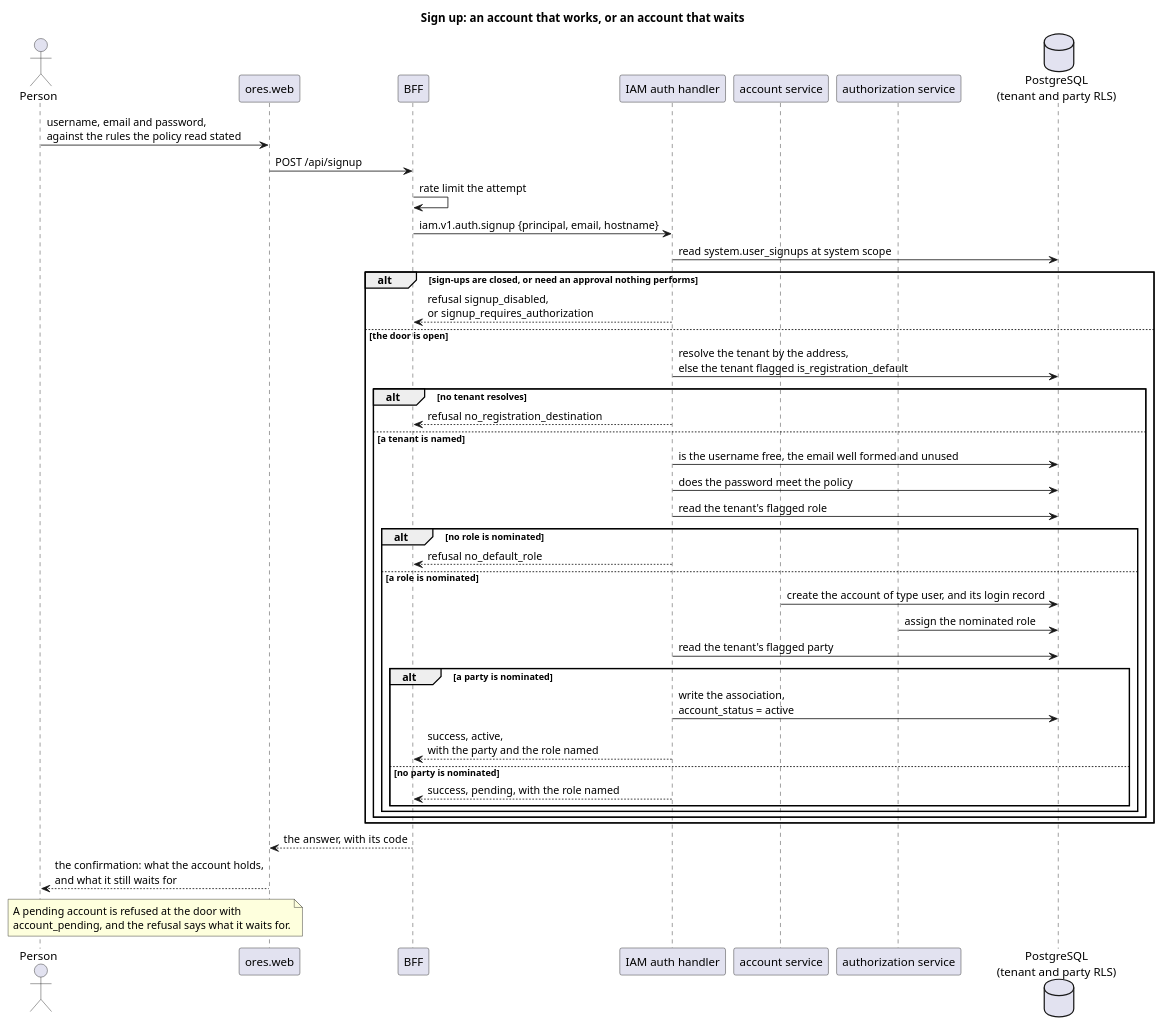
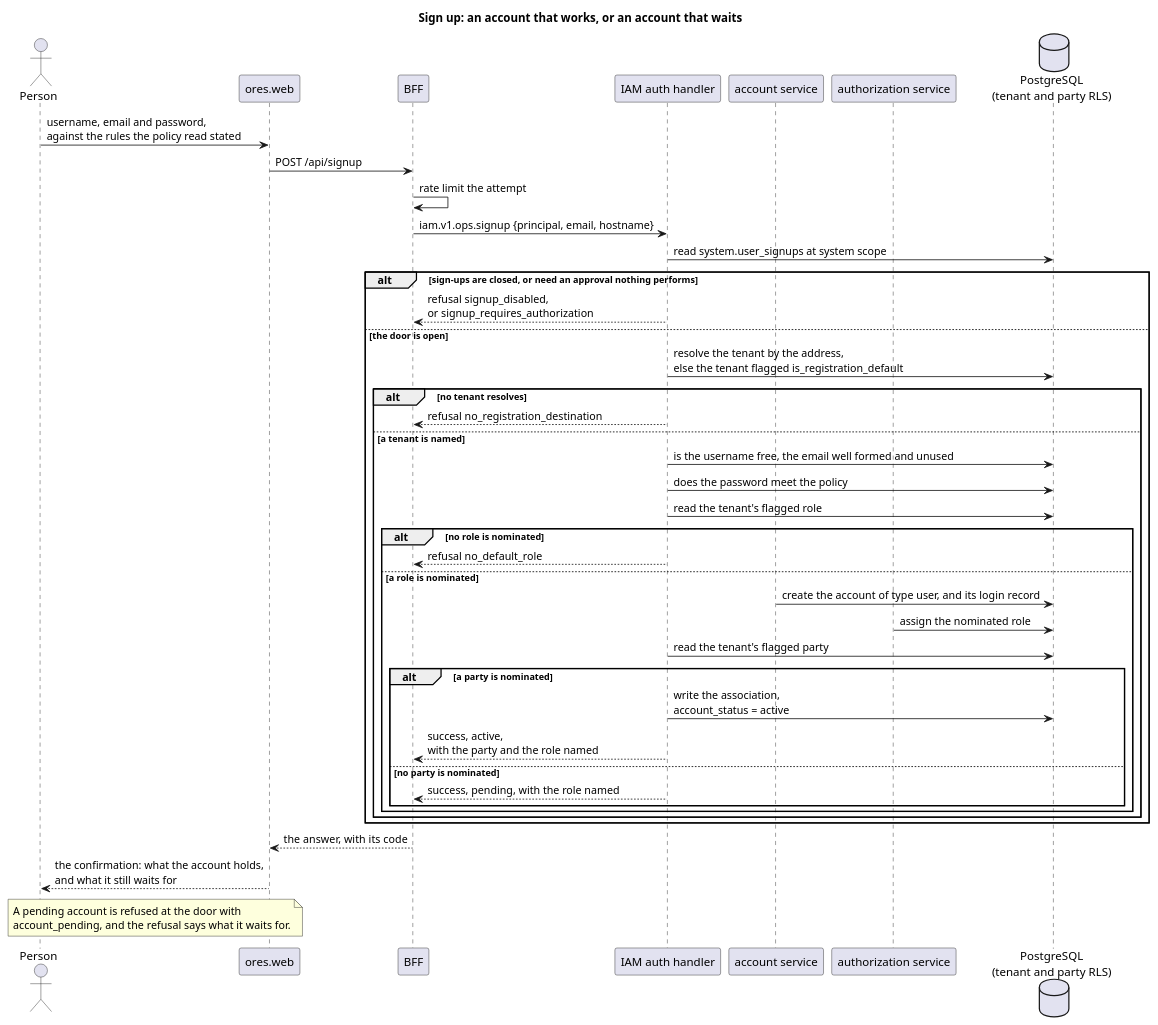
Before and after one commit to OreStudio/OreStudio: the diagram in doc/knowledge/journeys/entry/entry_sign_up_sequence.puml, drawn with PlantUML. The commit also changed 418 other files, not shown here.

```diff
--- a/doc/knowledge/journeys/entry/entry_sign_up_sequence.puml
+++ b/doc/knowledge/journeys/entry/entry_sign_up_sequence.puml
@@ -18,52 +18,52 @@
 @startuml
 
 title Sign up: an account that works, or an account that waits
 
 actor Person
 participant "ores.web" as web
 participant BFF as bff
 participant "IAM auth handler" as auth
 participant "account service" as acct
 participant "authorization service" as rbac
 database "PostgreSQL\n(tenant and party RLS)" as db
 
 Person -> web : username, email and password,\nagainst the rules the policy read stated
 web -> bff : POST /api/signup
 bff -> bff : rate limit the attempt
-bff -> auth : iam.v1.auth.signup {principal, email, hostname}
+bff -> auth : iam.v1.ops.signup {principal, email, hostname}
 
 auth -> db : read system.user_signups at system scope
 alt sign-ups are closed, or need an approval nothing performs
     auth --> bff : refusal signup_disabled,\nor signup_requires_authorization
 else the door is open
     auth -> db : resolve the tenant by the address,\nelse the tenant flagged is_registration_default
     alt no tenant resolves
         auth --> bff : refusal no_registration_destination
     else a tenant is named
         auth -> db : is the username free, the email well formed and unused
         auth -> db : does the password meet the policy
         auth -> db : read the tenant's flagged role
         alt no role is nominated
             auth --> bff : refusal no_default_role
         else a role is nominated
             acct -> db : create the account of type user, and its login record
             rbac -> db : assign the nominated role
             auth -> db : read the tenant's flagged party
             alt a party is nominated
                 auth -> db : write the association,\naccount_status = active
                 auth --> bff : success, active,\nwith the party and the role named
             else no party is nominated
                 auth --> bff : success, pending, with the role named
             end
         end
     end
 end
 
 bff --> web : the answer, with its code
 web --> Person : the confirmation: what the account holds,\nand what it still waits for
 note over Person, web
   A pending account is refused at the door with
   account_pending, and the refusal says what it waits for.
 end note
 
 @enduml
```
